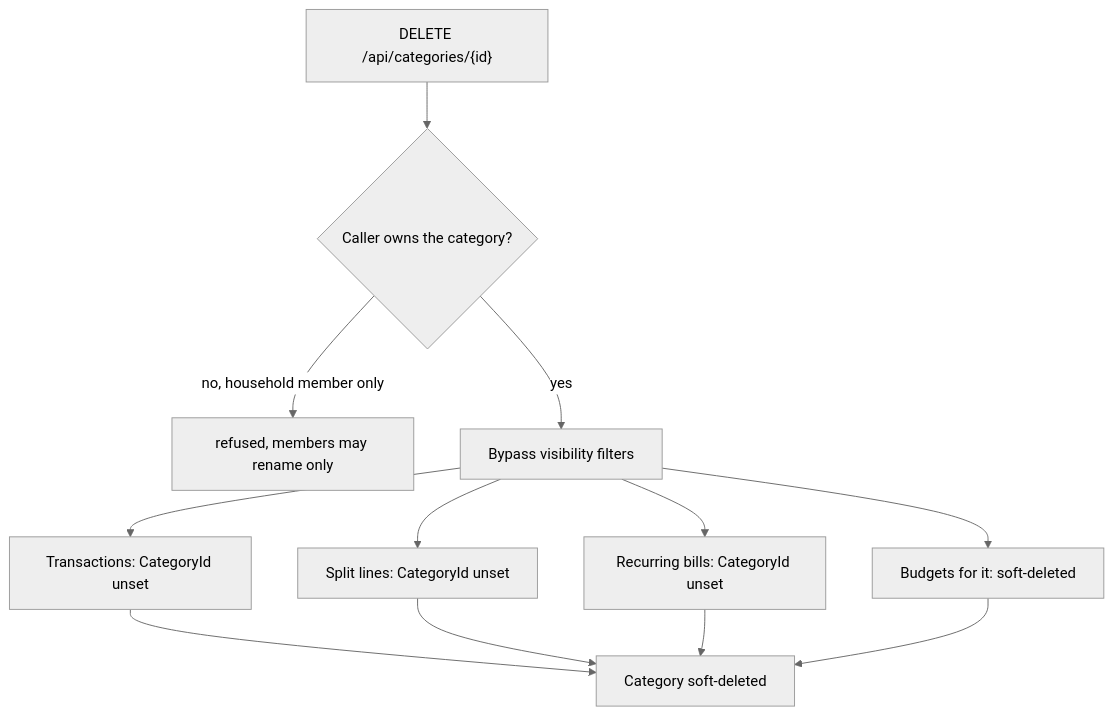
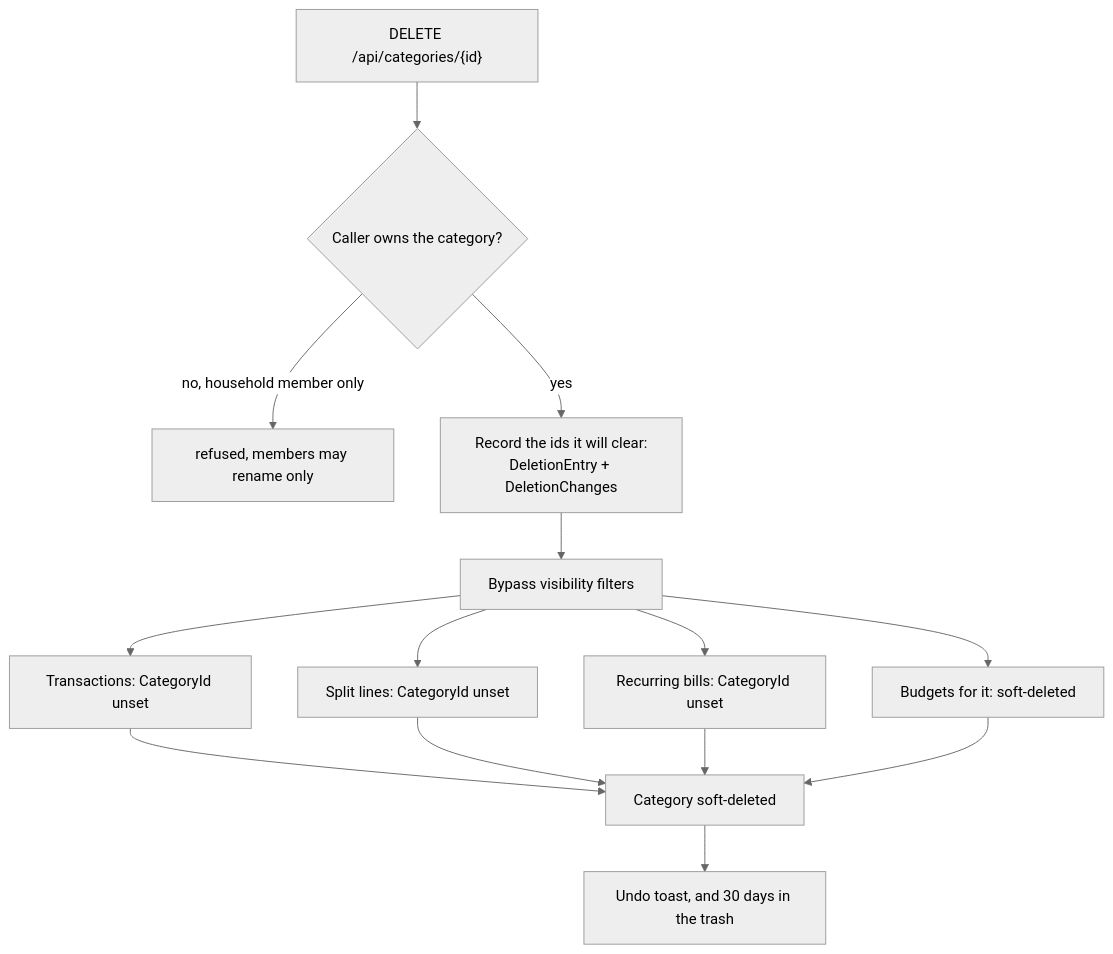
One commit to Justxs/Jx-Finance changed the diagram in docs/features/06. Categories.md. Above: the diagram before and after it, drawn with Mermaid (neutral theme). The commit also changed other lines of this file and 64 other files, not shown here.

````diff
--- a/docs/features/06. Categories.md
+++ b/docs/features/06. Categories.md
@@ -7,14 +7,16 @@
 ```mermaid
 flowchart TD
     Del["DELETE /api/categories/{id}"] --> Owner{"Caller owns the category?"}
     Owner -->|"no, household member only"| Refuse["refused, members may rename only"]
-    Owner -->|"yes"| Clear["Bypass visibility filters"]
+    Owner -->|"yes"| Record["Record the ids it will clear:<br/>DeletionEntry + DeletionChanges"]
+    Record --> Clear["Bypass visibility filters"]
     Clear --> T["Transactions: CategoryId unset"]
     Clear --> L["Split lines: CategoryId unset"]
     Clear --> B["Recurring bills: CategoryId unset"]
     Clear --> Bu["Budgets for it: soft-deleted"]
     T --> Done["Category soft-deleted"]
     L --> Done
     B --> Done
     Bu --> Done
+    Done --> Undo["Undo toast, and 30 days in the trash"]
 ```
````
